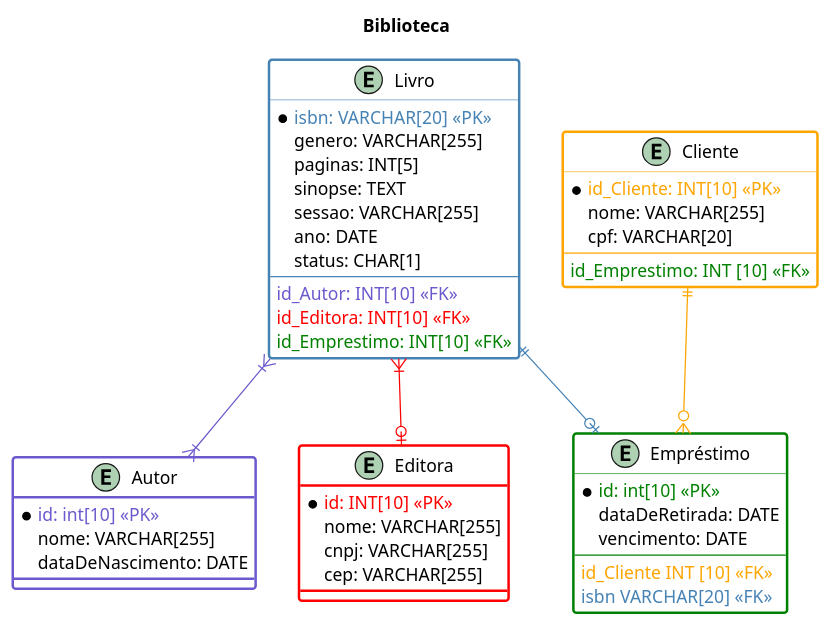
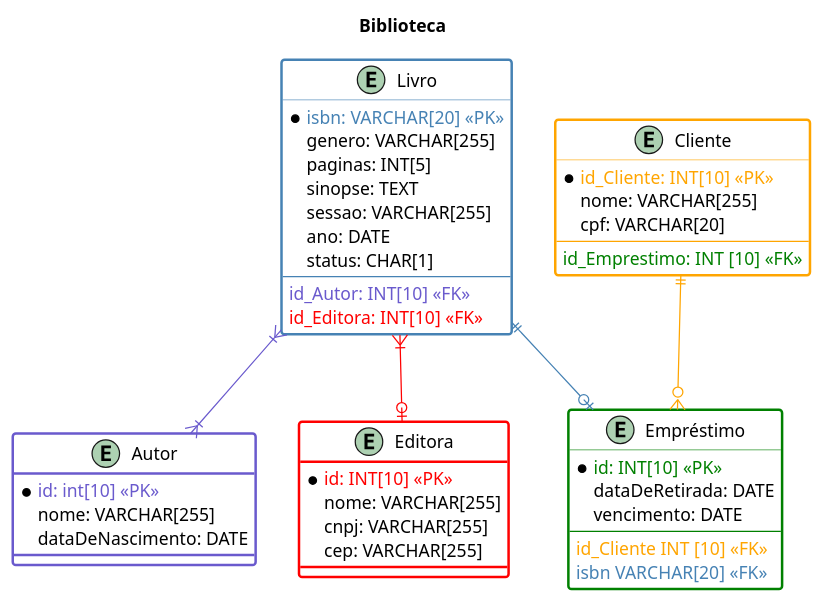
Before and after one commit to galaticghost/guieq.klarrind: the diagram in Modelagem/biblioteca.wsd, drawn with PlantUML. The commit also changed 15 other files, not shown here.

```diff
--- a/Modelagem/biblioteca.wsd
+++ b/Modelagem/biblioteca.wsd
@@ -1,55 +1,54 @@
 @startuml biblioteca
 title Biblioteca
 
 entity Livro #white;line.bold;line:SteelBlue{
     *<color: SteelBlue>isbn: VARCHAR[20] <<PK>>
     genero: VARCHAR[255]
     paginas: INT[5]
     sinopse: TEXT
     sessao: VARCHAR[255]
     ano: DATE
     status: CHAR[1]
     --
     <color: SlateBlue>id_Autor: INT[10] <<FK>>
     <color: Red>id_Editora: INT[10] <<FK>>
-    <color: Green>id_Emprestimo: INT[10] <<FK>>
 }
 
 entity Autor #white;line.bold;line:Slateblue{
     *<color: SlateBlue>id: int[10] <<PK>>
     nome: VARCHAR[255]
     dataDeNascimento: DATE
 
 
 }
 
 entity Editora #white;line.bold;line:Red{
     *<color: Red>id: INT[10] <<PK>>
     nome: VARCHAR[255]
     cnpj: VARCHAR[255]
     cep: VARCHAR[255]
     
 }
 
 entity Empréstimo #white;line.bold;line:Green{
-    *<color: Green>id: int[10] <<PK>>
+    *<color: Green>id: INT[10] <<PK>>
     dataDeRetirada: DATE
     vencimento: DATE  
     --
     <color: Orange>id_Cliente INT [10] <<FK>>
     <color: SteelBlue>isbn VARCHAR[20] <<FK>>
 }
 
 entity Cliente #white;line.bold;line:Orange{
     *<color: Orange>id_Cliente: INT[10] <<PK>>
     nome: VARCHAR[255]
     cpf: VARCHAR[20]
     --
     <color: Green>id_Emprestimo: INT [10] <<FK>>
 }
 
 Livro }|-[#SlateBlue]-|{ Autor
 Livro }|-[#Red]-o| Editora
 Livro ||-[#SteelBlue]-o| Empréstimo
 Cliente ||-[#Orange]-o{ Empréstimo
 @enduml
```
